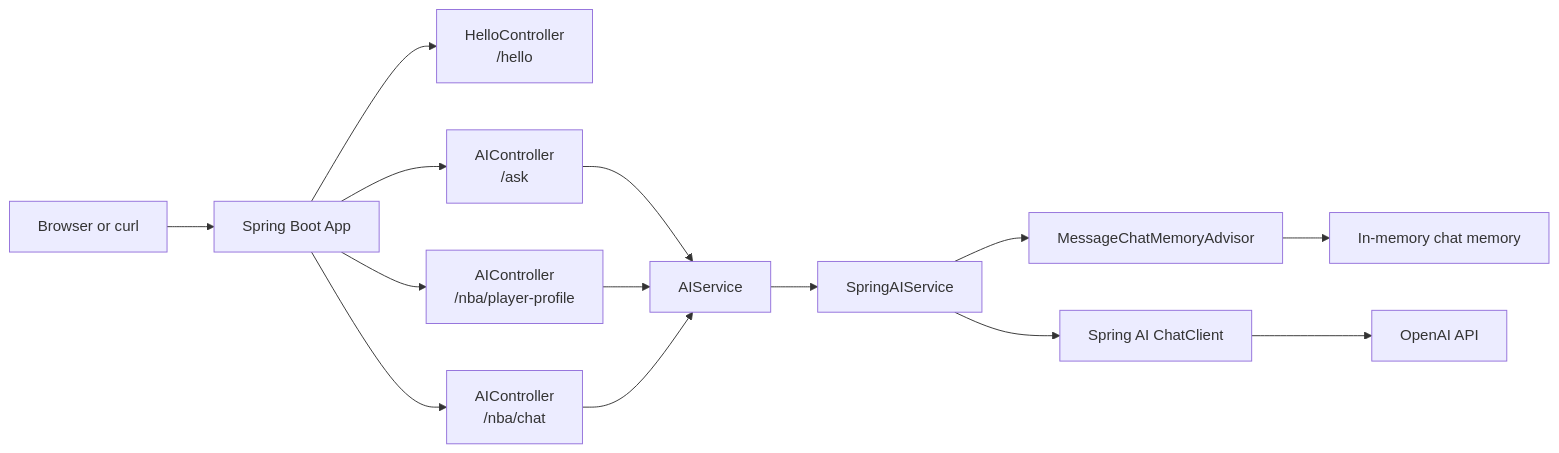
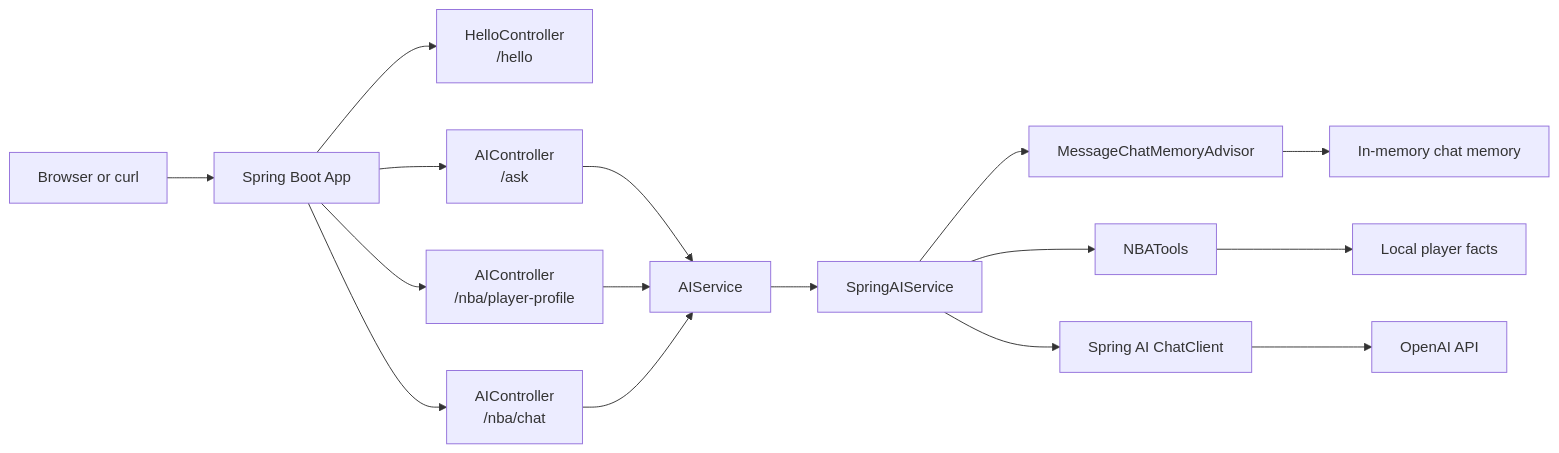
One commit to venkykumar/springai-starter changed the diagram in README.md. Above: the diagram before and after it, drawn with Mermaid. The commit also changed other lines of this file and 2 other files, not shown here.

````diff
--- a/README.md
+++ b/README.md
@@ -209,16 +224,18 @@
 ```mermaid
 flowchart LR
     A[Browser or curl] --> B[Spring Boot App]
     B --> C[HelloController<br>/hello]
     B --> D[AIController<br>/ask]
     B --> I[AIController<br>/nba/player-profile]
     B --> J[AIController<br>/nba/chat]
     D --> E[AIService]
     I --> E
     J --> E
     E --> F[SpringAIService]
     F --> K[MessageChatMemoryAdvisor]
     K --> L[In-memory chat memory]
+    F --> M[NBATools]
+    M --> N[Local player facts]
     F --> G[Spring AI ChatClient]
     G --> H[OpenAI API]
 ```
````
